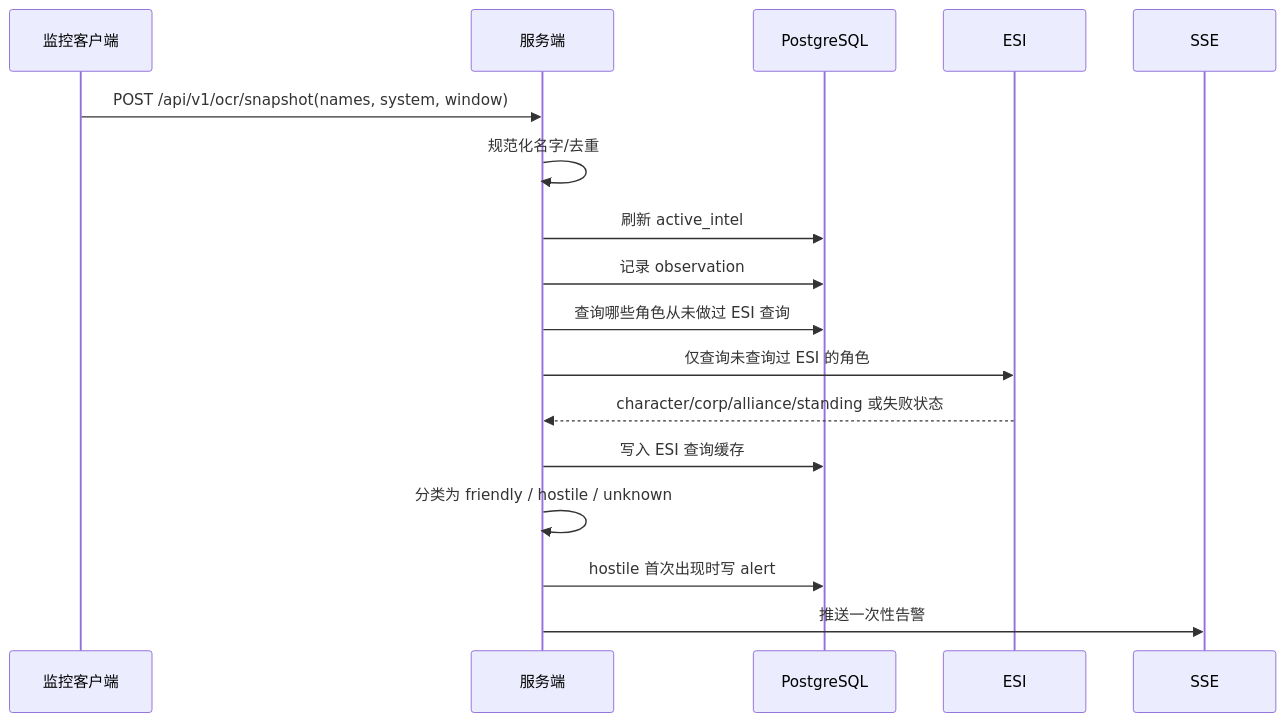
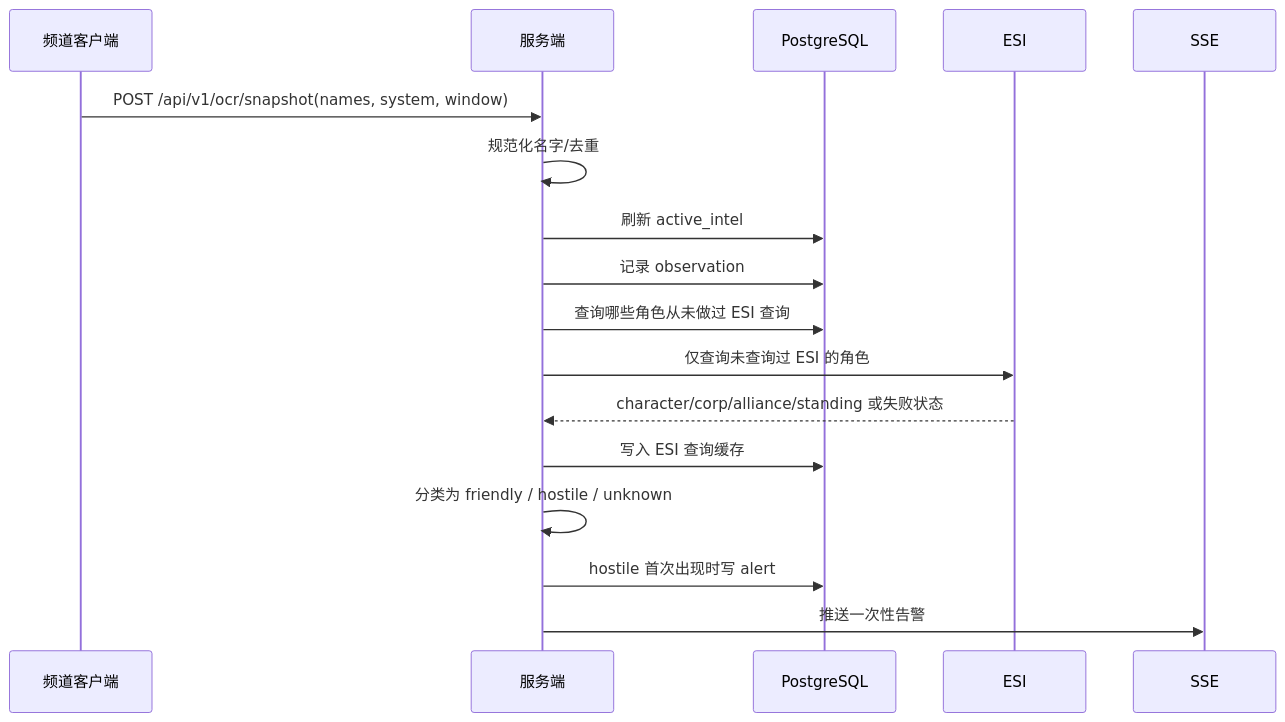
One commit to xiaqijun/eve-sentry changed the second of 7 diagrams in docs/intel-workflows.md. Above: the diagram before and after it, drawn with Mermaid. The commit also changed other lines of this file and 9 other files, not shown here.

````diff
--- a/docs/intel-workflows.md
+++ b/docs/intel-workflows.md
@@ -56,20 +59,20 @@
 ```mermaid
 sequenceDiagram
-  participant C as 监控客户端
+  participant C as 频道客户端
   participant S as 服务端
   participant DB as PostgreSQL
   participant E as ESI
   participant P as SSE
 
   C->>S: POST /api/v1/ocr/snapshot(names, system, window)
   S->>S: 规范化名字/去重
   S->>DB: 刷新 active_intel
   S->>DB: 记录 observation
   S->>DB: 查询哪些角色从未做过 ESI 查询
   S->>E: 仅查询未查询过 ESI 的角色
   E-->>S: character/corp/alliance/standing 或失败状态
   S->>DB: 写入 ESI 查询缓存
   S->>S: 分类为 friendly / hostile / unknown
   S->>DB: hostile 首次出现时写 alert
   S->>P: 推送一次性告警
 ```
````
